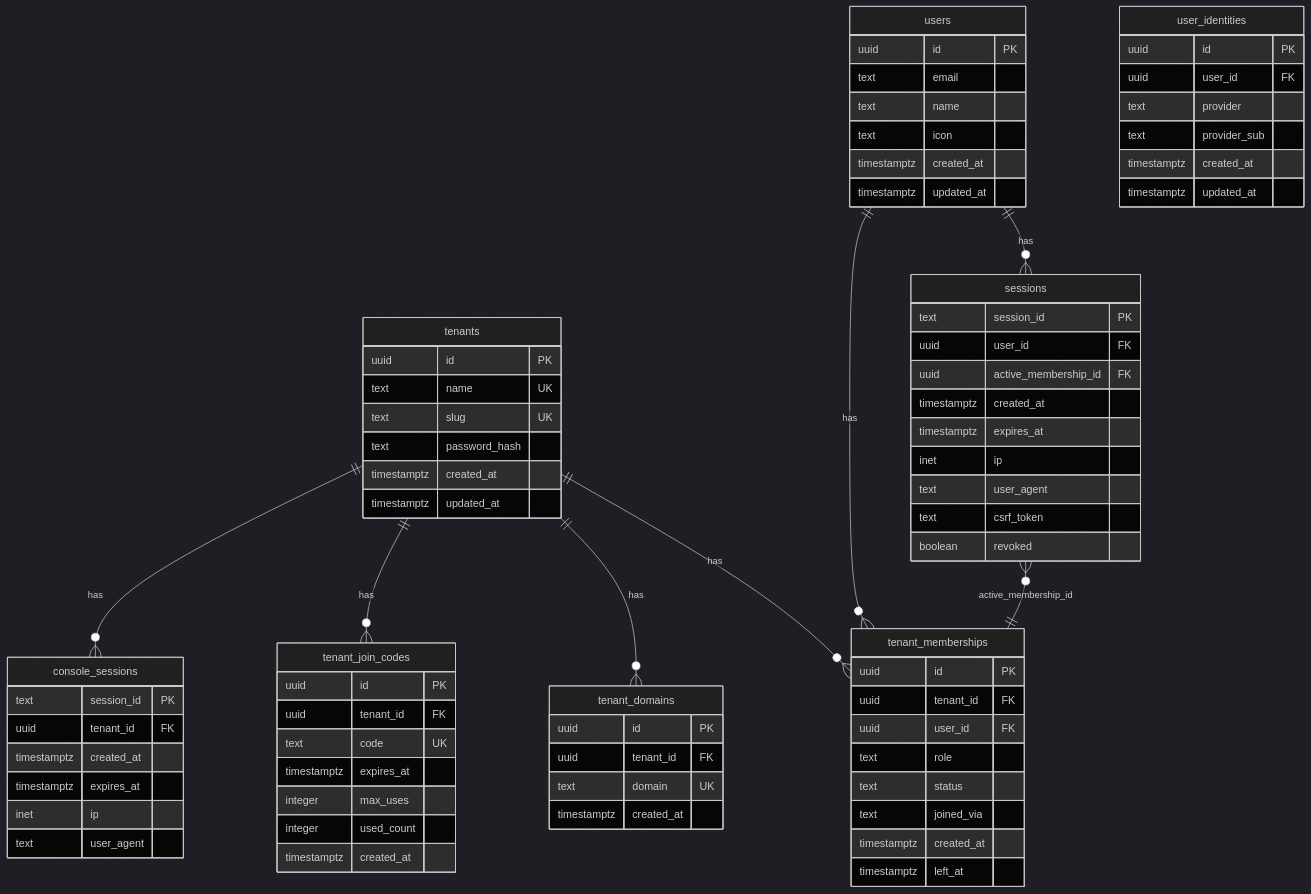
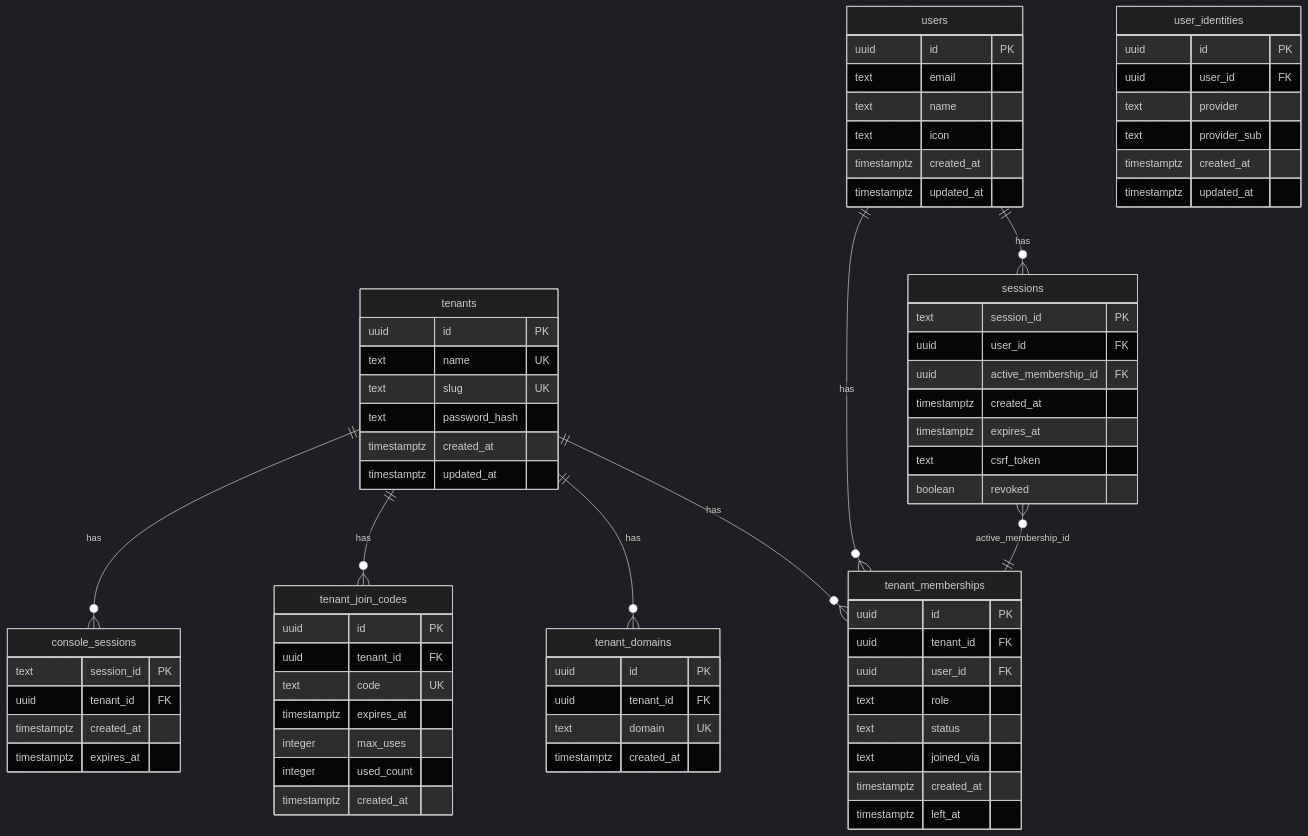
The diagram in docs/shared/multitenant/er.md (shibayama-club/keyhub), drawn with Mermaid (dark theme) before and after one commit.

Commit message:
docs: マルチテナント拡張時のER図

```diff
--- a/docs/shared/multitenant/er.md
+++ b/docs/shared/multitenant/er.md
@@ -63,8 +63,6 @@
     uuid active_membership_id FK
     timestamptz created_at
     timestamptz expires_at
-    inet ip
-    text user_agent
     text csrf_token
     boolean revoked
   }
@@ -75,8 +73,6 @@
     uuid tenant_id FK
     timestamptz created_at
     timestamptz expires_at
-    inet ip
-    text user_agent
   }
 
   tenants ||--o{ tenant_domains : has
```
